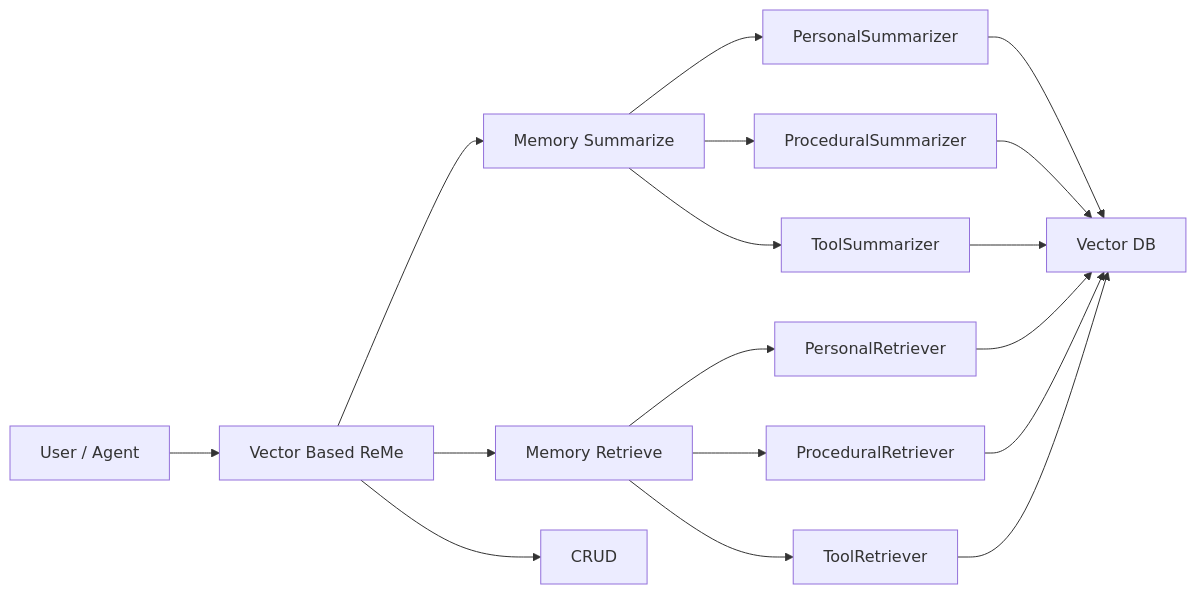
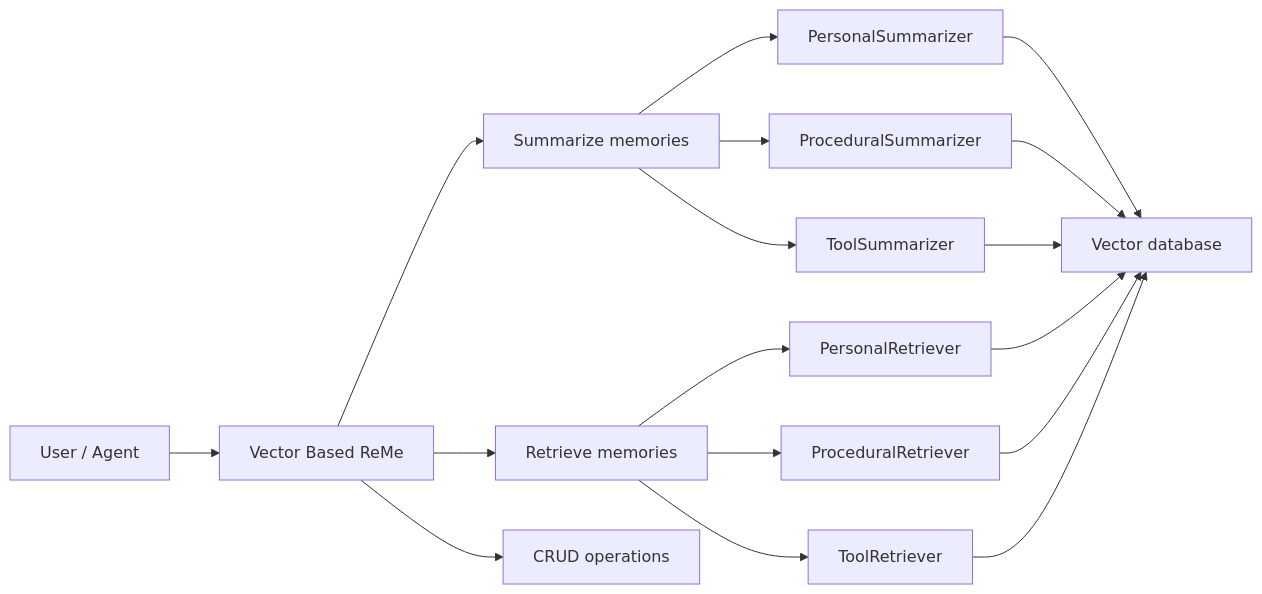
One commit to agentscope-ai/ReMe changed the ninth of 9 diagrams in README.md. Above: the diagram before and after it, drawn with Mermaid. The commit also changed other lines of this file and 1 other file, not shown here.

````diff
--- a/README.md
+++ b/README.md
@@ -480,19 +481,19 @@
 ```mermaid
 graph LR
     User[User / Agent] --> ReMe[Vector Based ReMe]
-    ReMe --> Summarize[Memory Summarize]
-    ReMe --> Retrieve[Memory Retrieve]
-    ReMe --> CRUD[CRUD]
+    ReMe --> Summarize[Summarize memories]
+    ReMe --> Retrieve[Retrieve memories]
+    ReMe --> CRUD[CRUD operations]
     Summarize --> PersonalSum[PersonalSummarizer]
     Summarize --> ProceduralSum[ProceduralSummarizer]
     Summarize --> ToolSum[ToolSummarizer]
     Retrieve --> PersonalRet[PersonalRetriever]
     Retrieve --> ProceduralRet[ProceduralRetriever]
     Retrieve --> ToolRet[ToolRetriever]
-    PersonalSum --> VectorStore[Vector DB]
+    PersonalSum --> VectorStore[Vector database]
     ProceduralSum --> VectorStore
     ToolSum --> VectorStore
     PersonalRet --> VectorStore
     ProceduralRet --> VectorStore
     ToolRet --> VectorStore
 ```
````
